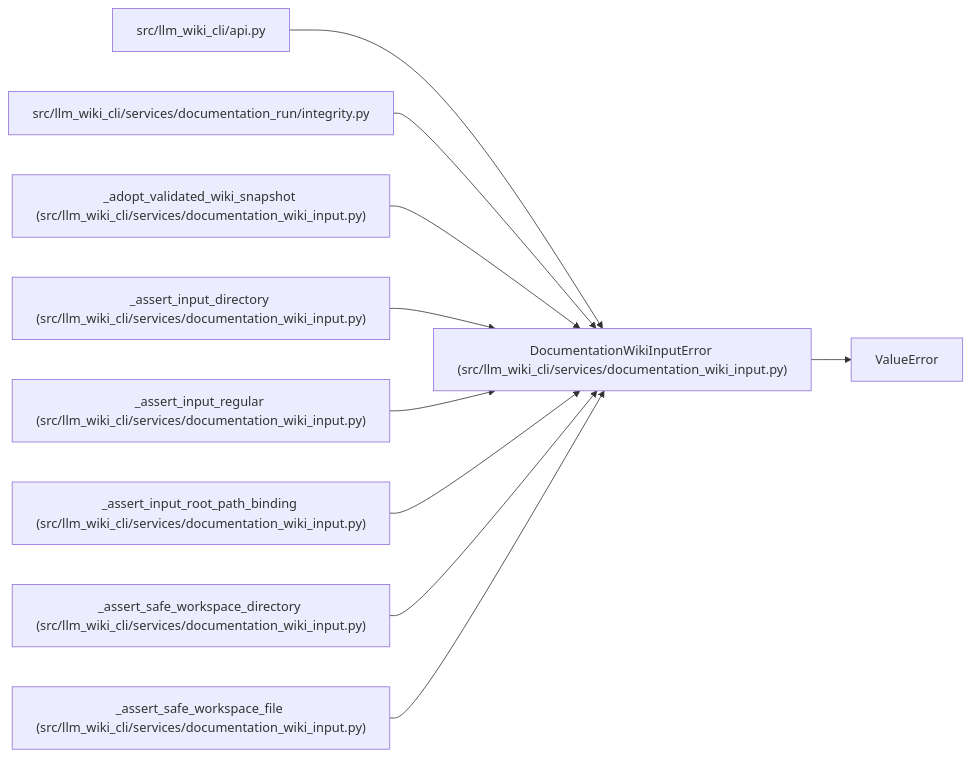
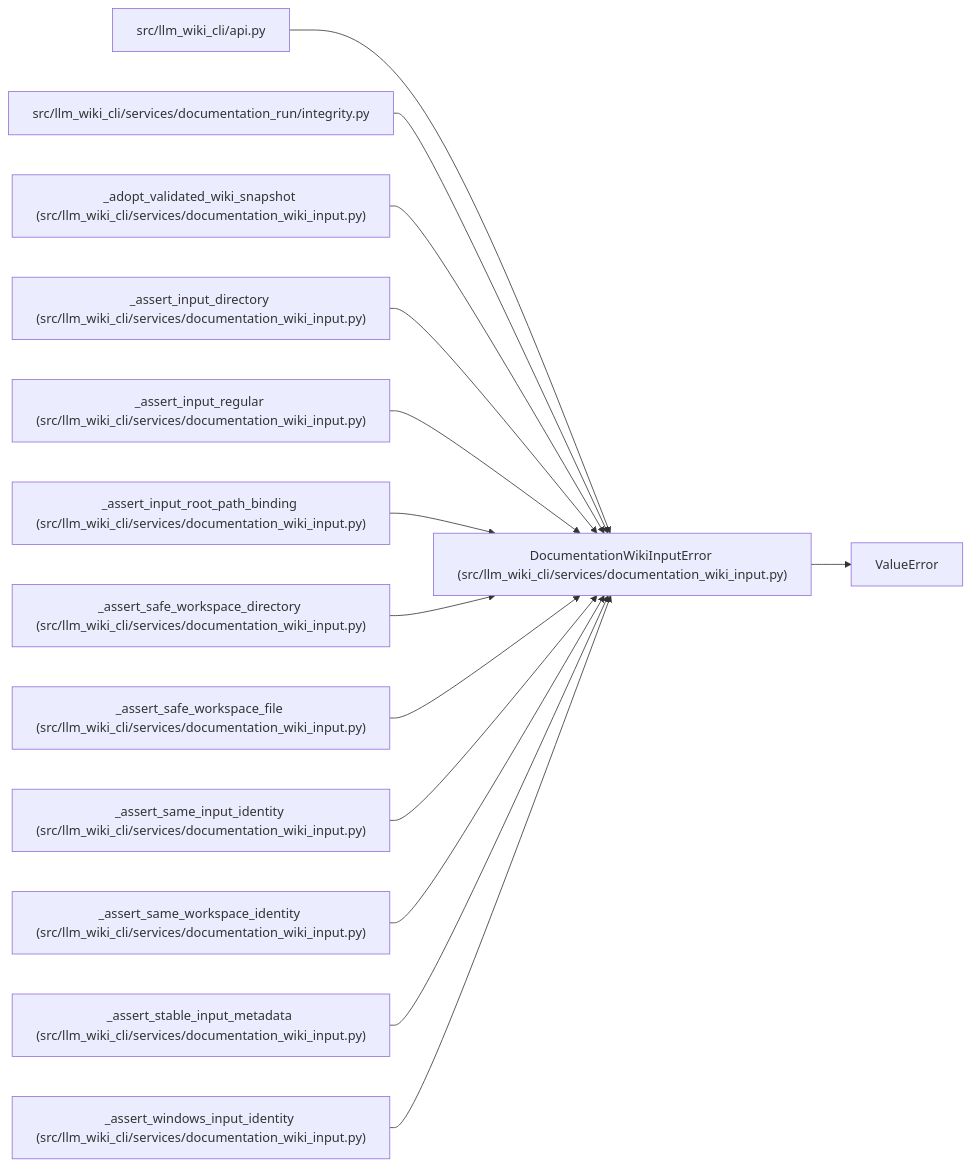
The diagram in docs/llm_wiki/entities/DocumentationWikiInputError.md (Denissvgn/python-wiki-llm), drawn with Mermaid before and after one commit. The commit also changed other lines of this file and 493 other files, not shown here.

````diff
--- a/docs/llm_wiki/entities/DocumentationWikiInputError.md
+++ b/docs/llm_wiki/entities/DocumentationWikiInputError.md
@@ -25,31 +25,43 @@
 ```mermaid
 flowchart LR
     n0["DocumentationWikiInputError (src/llm_wiki_cli/services/documentation_wiki_input.py)"]
     n1["ValueError"]
     n2["src/llm_wiki_cli/api.py"]
     n3["src/llm_wiki_cli/services/documentation_run/integrity.py"]
     n4["_adopt_validated_wiki_snapshot (src/llm_wiki_cli/services/documentation_wiki_input.py)"]
     n5["_assert_input_directory (src/llm_wiki_cli/services/documentation_wiki_input.py)"]
     n6["_assert_input_regular (src/llm_wiki_cli/services/documentation_wiki_input.py)"]
     n7["_assert_input_root_path_binding (src/llm_wiki_cli/services/documentation_wiki_input.py)"]
     n8["_assert_safe_workspace_directory (src/llm_wiki_cli/services/documentation_wiki_input.py)"]
     n9["_assert_safe_workspace_file (src/llm_wiki_cli/services/documentation_wiki_input.py)"]
+    n10["_assert_same_input_identity (src/llm_wiki_cli/services/documentation_wiki_input.py)"]
+    n11["_assert_same_workspace_identity (src/llm_wiki_cli/services/documentation_wiki_input.py)"]
+    n12["_assert_stable_input_metadata (src/llm_wiki_cli/services/documentation_wiki_input.py)"]
+    n13["_assert_windows_input_identity (src/llm_wiki_cli/services/documentation_wiki_input.py)"]
     n0 --> n1
     n2 --> n0
     n3 --> n0
     n4 --> n0
     n5 --> n0
     n6 --> n0
     n7 --> n0
     n8 --> n0
     n9 --> n0
+    n10 --> n0
+    n11 --> n0
+    n12 --> n0
+    n13 --> n0
     click n0 "../modules/documentation_wiki_input.md"
     click n2 "../modules/api.md"
     click n3 "../modules/integrity.md"
     click n4 "../modules/documentation_wiki_input.md"
     click n5 "../modules/documentation_wiki_input.md"
     click n6 "../modules/documentation_wiki_input.md"
     click n7 "../modules/documentation_wiki_input.md"
     click n8 "../modules/documentation_wiki_input.md"
     click n9 "../modules/documentation_wiki_input.md"
+    click n10 "../modules/documentation_wiki_input.md"
+    click n11 "../modules/documentation_wiki_input.md"
+    click n12 "../modules/documentation_wiki_input.md"
+    click n13 "../modules/documentation_wiki_input.md"
 ```
````
